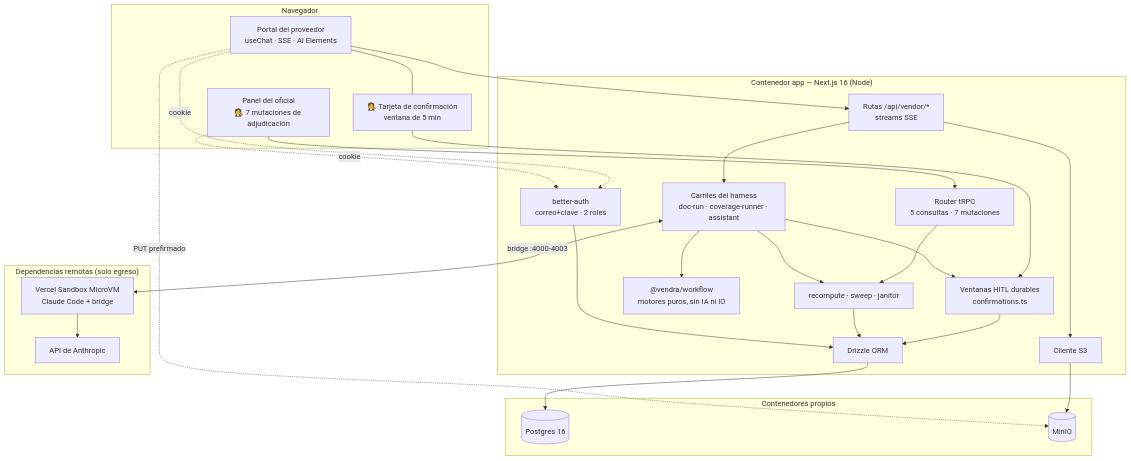
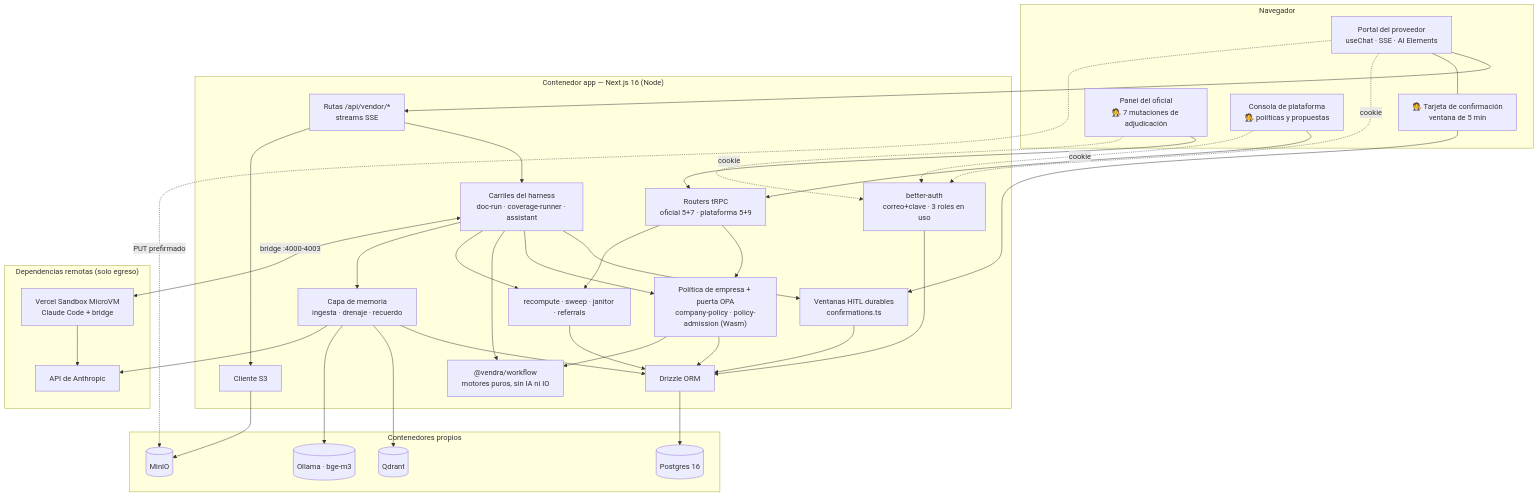
The third of 3 diagrams in README.md (Cognition-Flux/multi-agent-harness-as-backend-es), drawn with Mermaid before and after one commit. The commit also changed other lines of this file and 6 other files, not shown here.

````diff
--- a/README.md
+++ b/README.md
@@ -1084,50 +1408,66 @@
 ```mermaid
 flowchart TB
     subgraph browser["Navegador"]
         VP["Portal del proveedor<br/>useChat · SSE · AI Elements"]
         HITL["🧑‍⚖️ Tarjeta de confirmación<br/>ventana de 5 min"]
         OD["Panel del oficial<br/>🧑‍⚖️ 7 mutaciones de adjudicación"]
+        PL["Consola de plataforma<br/>🧑‍⚖️ políticas y propuestas"]
     end
 
     subgraph host["Contenedor app — Next.js 16 (Node)"]
-        AUTH["better-auth<br/>correo+clave · 2 roles"]
+        AUTH["better-auth<br/>correo+clave · 3 roles en uso"]
         API["Rutas /api/vendor/*<br/>streams SSE"]
         CONF["Ventanas HITL durables<br/>confirmations.ts"]
-        TRPC["Router tRPC<br/>5 consultas · 7 mutaciones"]
+        TRPC["Routers tRPC<br/>oficial 5+7 · plataforma 5+9"]
+        GOV["Política de empresa + puerta OPA<br/>company-policy · policy-admission (Wasm)"]
         LANES["Carriles del harness<br/>doc-run · coverage-runner · assistant"]
+        MEM["Capa de memoria<br/>ingesta · drenaje · recuerdo"]
         PURE["@vendra/workflow<br/>motores puros, sin IA ni IO"]
-        RECOMP["recompute · sweep · janitor"]
+        RECOMP["recompute · sweep · janitor · referrals"]
         DRIZ["Drizzle ORM"]
         S3C["Cliente S3"]
     end
 
     subgraph local["Contenedores propios"]
         PG[("Postgres 16")]
         MINIO[("MinIO")]
+        QD[("Qdrant")]
+        OL[("Ollama · bge-m3")]
     end
 
     subgraph remote["Dependencias remotas (solo egreso)"]
         VS["Vercel Sandbox MicroVM<br/>Claude Code + bridge"]
         ANTH["API de Anthropic"]
     end
 
     VP --> API
     VP --- HITL
     HITL --> CONF
     OD --> TRPC
+    PL --> TRPC
     VP -.->|cookie| AUTH
     OD -.->|cookie| AUTH
+    PL -.->|cookie| AUTH
     API --> LANES
     LANES --> CONF
+    LANES --> GOV
+    TRPC --> GOV
     CONF --> DRIZ
+    GOV --> DRIZ
     TRPC --> RECOMP
     LANES --> PURE
+    GOV --> PURE
     LANES --> RECOMP
+    LANES --> MEM
     RECOMP --> DRIZ
     AUTH --> DRIZ
+    MEM --> DRIZ
+    MEM --> QD
+    MEM --> OL
+    MEM --> ANTH
     DRIZ --> PG
     API --> S3C --> MINIO
     VP -.->|"PUT prefirmado"| MINIO
     LANES <-->|"bridge :4000-4003"| VS
     VS --> ANTH
 ```
````
